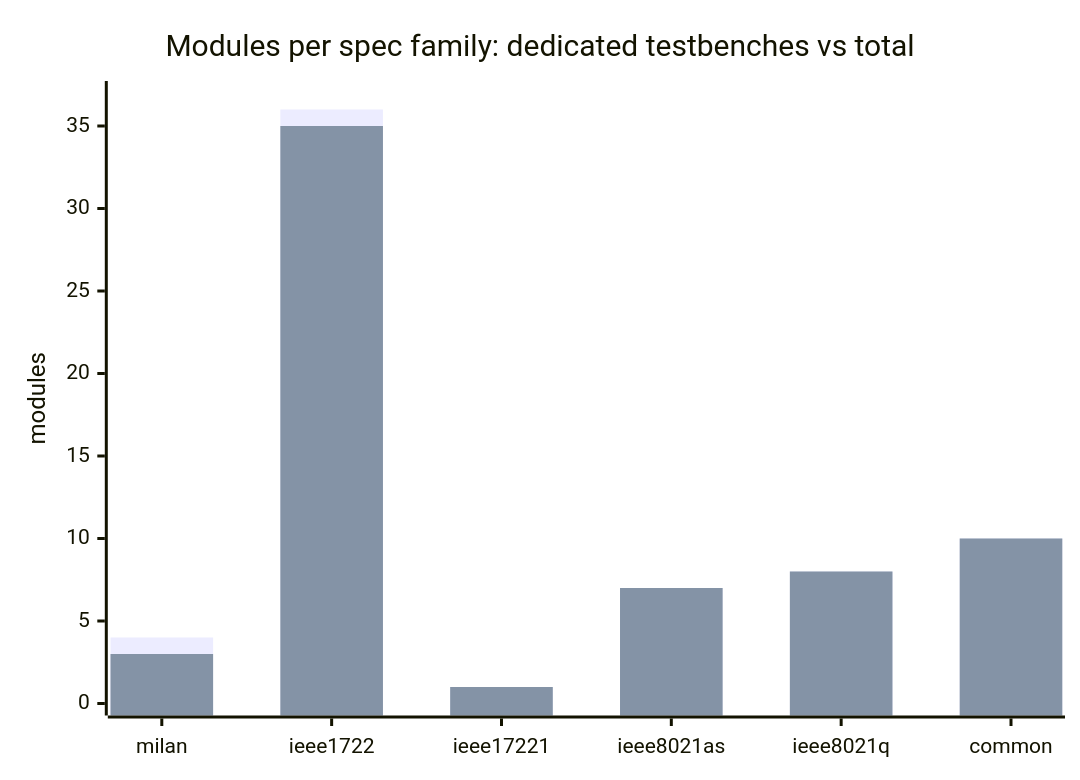
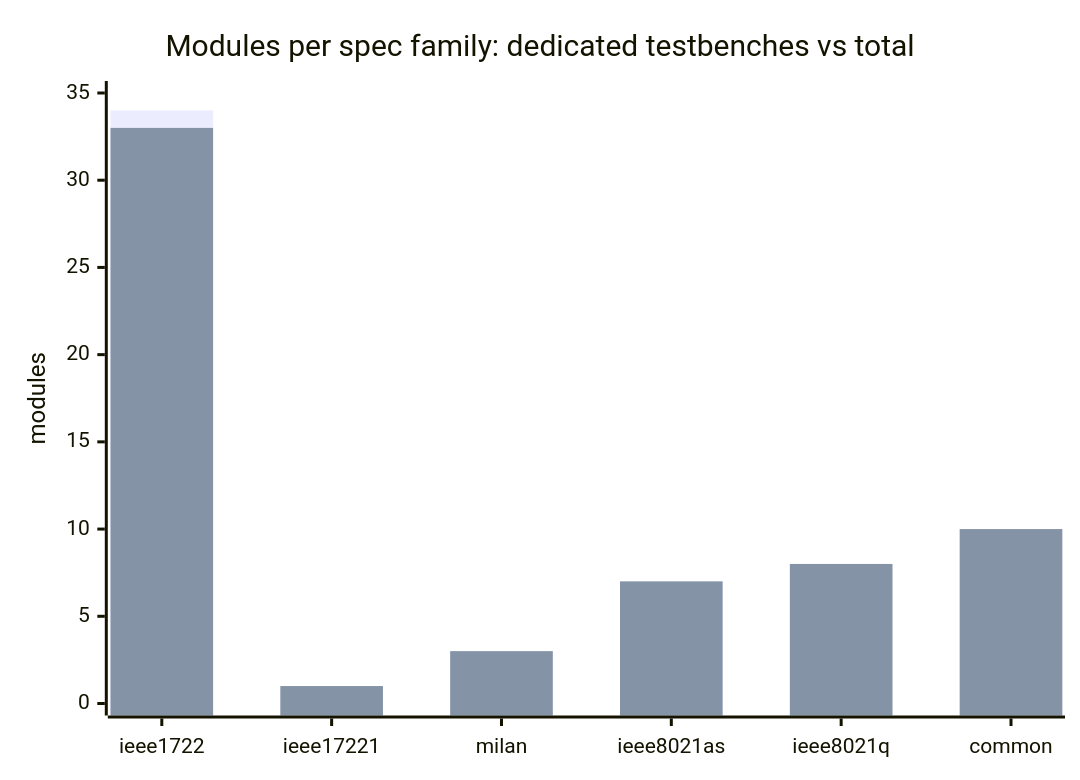
The diagram in docs/traceability/MODULE_MATRIX.md (kebag-logic/milan-fpga), drawn with Mermaid before and after one commit. The commit also changed other lines of this file and 78 other files, not shown here.

````diff
--- a/docs/traceability/MODULE_MATRIX.md
+++ b/docs/traceability/MODULE_MATRIX.md
@@ -30,8 +30,8 @@
 ```mermaid
 xychart-beta
     title "Modules per spec family: dedicated testbenches vs total"
-    x-axis ["milan", "ieee1722", "ieee17221", "ieee8021as", "ieee8021q", "common"]
-    y-axis "modules" 0 --> 37
-    bar [4, 36, 1, 7, 8, 10]
-    bar [3, 35, 1, 7, 8, 10]
+    x-axis ["ieee1722", "ieee17221", "milan", "ieee8021as", "ieee8021q", "common"]
+    y-axis "modules" 0 --> 35
+    bar [34, 1, 3, 7, 8, 10]
+    bar [33, 1, 3, 7, 8, 10]
 ```
````
